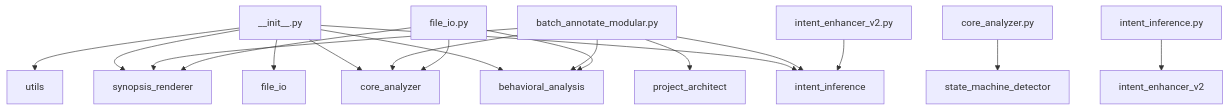
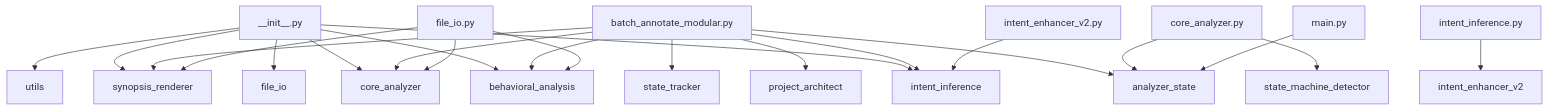
The diagram in PROJECT_STRUCTURE.md (chase1971/code_synopsis_annotator), drawn with Mermaid before and after one commit. The commit also changed other lines of this file and 41 other files, not shown here.

````diff
--- a/PROJECT_STRUCTURE.md
+++ b/PROJECT_STRUCTURE.md
@@ -8,20 +8,24 @@
 ```mermaid
 graph TD
     __init__.py --> behavioral_analysis
     __init__.py --> core_analyzer
     __init__.py --> file_io
     __init__.py --> intent_inference
     __init__.py --> synopsis_renderer
     __init__.py --> utils
+    batch_annotate_modular.py --> analyzer_state
     batch_annotate_modular.py --> behavioral_analysis
     batch_annotate_modular.py --> core_analyzer
     batch_annotate_modular.py --> intent_inference
     batch_annotate_modular.py --> project_architect
+    batch_annotate_modular.py --> state_tracker
     batch_annotate_modular.py --> synopsis_renderer
+    core_analyzer.py --> analyzer_state
     core_analyzer.py --> state_machine_detector
     file_io.py --> behavioral_analysis
     file_io.py --> core_analyzer
     file_io.py --> synopsis_renderer
     intent_enhancer_v2.py --> intent_inference
     intent_inference.py --> intent_enhancer_v2
+    main.py --> analyzer_state
 ```
````
